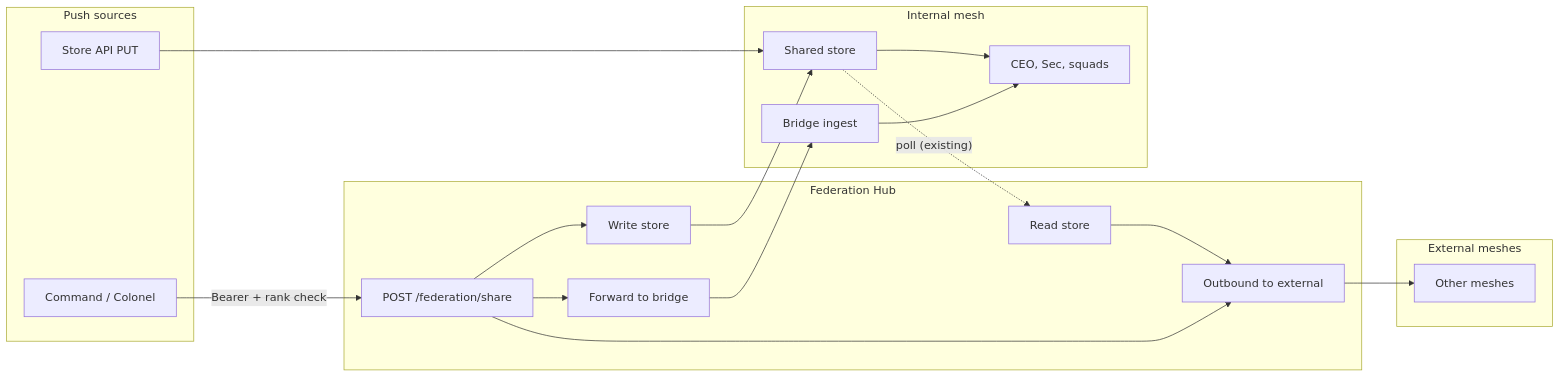
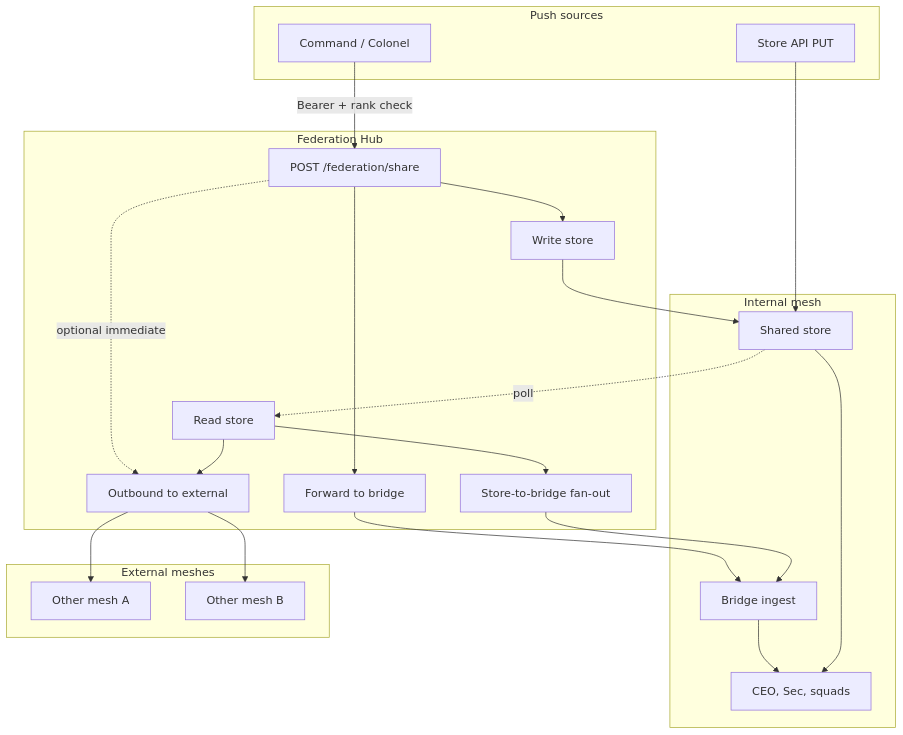
Before and after one commit to bgoldmann/Raise-The-OpenClaw: the diagram in OPENCLAW_FEDERATION_HUB_INTEL_SHARE.md, drawn with Mermaid. The commit also changed other lines of this file and 2 other files, not shown here.

Commit message:
Redesign Federation Hub and intel-share diagrams
- OPENCLAW_MESH_FEDERATION_HUB: §2 Topology shows push sources (Command, Store API), hub (FedIn, ShareEP, StoreRead, StoreToBridge, ToBridge, ToStore, Outbound), internal mesh, external inbound/outbound
- OPENCLAW_FEDERATION_HUB_INTEL_SHARE: §2 Target flow with store-to-bridge fan-out, Path A/B description, camelCase subgraphs
- CHANGELOG: diagram redesign entry

Made-with: Cursor

````diff
--- a/OPENCLAW_FEDERATION_HUB_INTEL_SHARE.md
+++ b/OPENCLAW_FEDERATION_HUB_INTEL_SHARE.md
@@ -19,34 +23,39 @@
 ```mermaid
-flowchart LR
-  subgraph push [Push sources]
+flowchart TB
+  subgraph PushSources [Push sources]
     Cmd[Command / Colonel]
     StoreWrite[Store API PUT]
   end
-  subgraph hub [Federation Hub]
+  subgraph Hub [Federation Hub]
     ShareEP["POST /federation/share"]
     StoreRead[Read store]
+    StoreToBridge[Store-to-bridge fan-out]
     ToBridge[Forward to bridge]
     ToStore[Write store]
     Outbound[Outbound to external]
   end
-  subgraph internal [Internal mesh]
+  subgraph InternalMesh [Internal mesh]
     Bridge[Bridge ingest]
     Store[Shared store]
     Nodes[CEO, Sec, squads]
   end
-  subgraph external [External meshes]
-    EM[Other meshes]
+  subgraph ExternalMeshes [External meshes]
+    EM1[Other mesh A]
+    EM2[Other mesh B]
   end
   Cmd -->|"Bearer + rank check"| ShareEP
   StoreWrite --> Store
+  ShareEP --> ToBridge
   ShareEP --> ToStore
-  ShareEP --> ToBridge
-  ShareEP --> Outbound
-  StoreRead --> Outbound
+  ShareEP -.->|"optional immediate"| Outbound
   ToStore --> Store
   ToBridge --> Bridge
-  Store -.->|"poll (existing)"| StoreRead
+  Store -.->|"poll"| StoreRead
+  StoreRead --> Outbound
+  StoreRead --> StoreToBridge
+  StoreToBridge --> Bridge
   Bridge --> Nodes
   Store --> Nodes
-  Outbound --> EM
+  Outbound --> EM1
+  Outbound --> EM2
 ```
````
